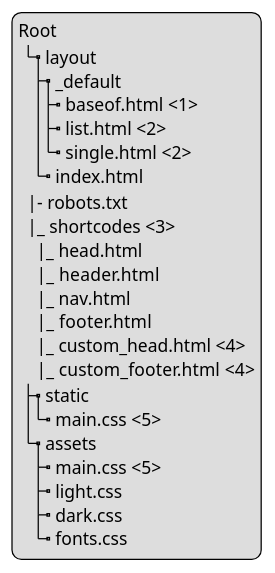
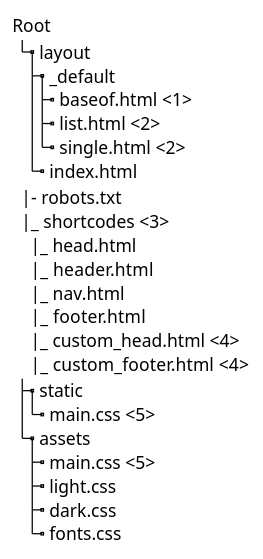
Before and after one commit to hybras/hybras.github.io: the diagram in content/posts/2023-08-02-Creating-A-Hugo-Theme/index.adoc, drawn with PlantUML.

```diff
--- a/content/posts/2023-08-02-Creating-A-Hugo-Theme/index.adoc
+++ b/content/posts/2023-08-02-Creating-A-Hugo-Theme/index.adoc
@@ -45,27 +45,31 @@
 [plantuml, format=svg]
 ----
+skinparam Legend {
+	BackgroundColor transparent
+	BorderColor transparent
+}
 legend
 Root
 |_ layout
   |_ _default
     |_ baseof.html <1>
     |_ list.html <2>
     |_ single.html <2>
   |_ index.html
   |- robots.txt
   |_ shortcodes <3>
     |_ head.html
     |_ header.html
     |_ nav.html
     |_ footer.html
     |_ custom_head.html <4>
     |_ custom_footer.html <4>
 |_ static
   |_ main.css <5>
 |_ assets
   |_ main.css <5>
   |_ light.css
   |_ dark.css
   |_ fonts.css
 end legend
 ----
```
